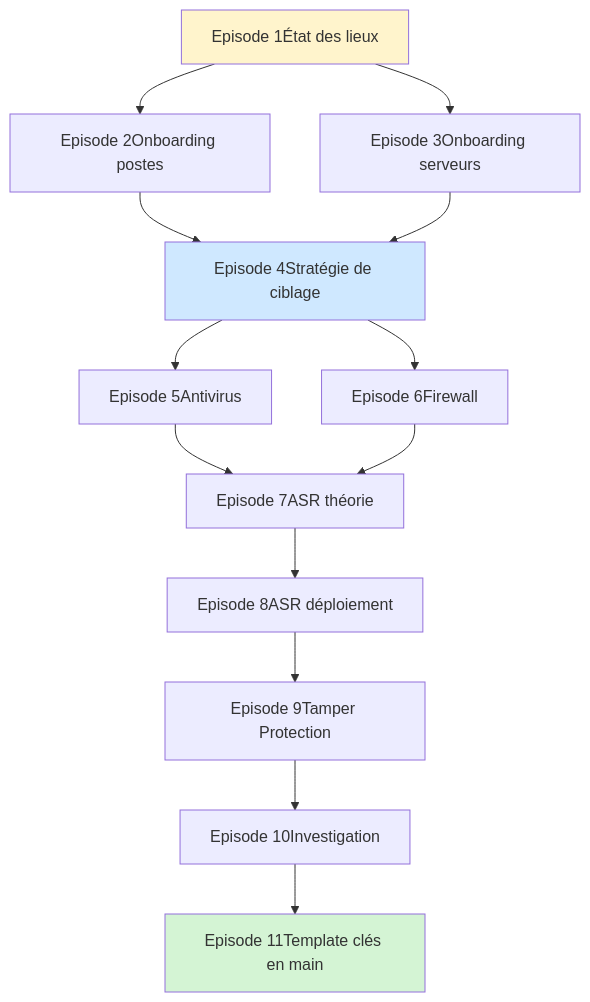
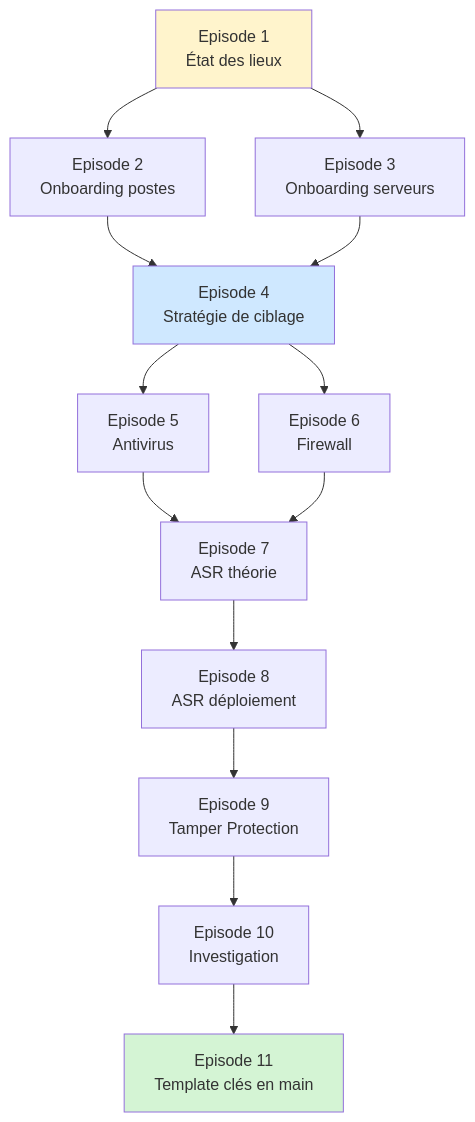
One commit to sebastienmiro/sebastienmiro.github.io changed the third of 3 diagrams in _posts/series/mde-foundations/2025-05-16-mde-foundations-ep1-etat-des-lieux-feuille-de-route.md. Above: the diagram before and after it, drawn with Mermaid. The commit also changed other lines of this file, not shown here.

First line of the commit message:
Improve clarity and structure of MDE Foundations episode 1

````diff
--- a/_posts/series/mde-foundations/2025-05-16-mde-foundations-ep1-etat-des-lieux-feuille-de-route.md
+++ b/_posts/series/mde-foundations/2025-05-16-mde-foundations-ep1-etat-des-lieux-feuille-de-route.md
@@ -132,19 +118,19 @@
 ```mermaid
 flowchart TD
-    E1[Episode 1État des lieux] --> E2[Episode 2Onboarding postes]
-    E1 --> E3[Episode 3Onboarding serveurs]
-    E2 --> E4[Episode 4Stratégie de ciblage]
+    E1[Episode 1<br/>État des lieux] --> E2[Episode 2<br/>Onboarding postes]
+    E1 --> E3[Episode 3<br/>Onboarding serveurs]
+    E2 --> E4[Episode 4<br/>Stratégie de ciblage]
     E3 --> E4
-    E4 --> E5[Episode 5Antivirus]
-    E4 --> E6[Episode 6Firewall]
-    E5 --> E7[Episode 7ASR théorie]
+    E4 --> E5[Episode 5<br/>Antivirus]
+    E4 --> E6[Episode 6<br/>Firewall]
+    E5 --> E7[Episode 7<br/>ASR théorie]
     E6 --> E7
-    E7 --> E8[Episode 8ASR déploiement]
-    E8 --> E9[Episode 9Tamper Protection]
-    E9 --> E10[Episode 10Investigation]
-    E10 --> E11[Episode 11Template clés en main]
+    E7 --> E8[Episode 8<br/>ASR déploiement]
+    E8 --> E9[Episode 9<br/>Tamper Protection]
+    E9 --> E10[Episode 10<br/>Investigation]
+    E10 --> E11[Episode 11<br/>Template clés en main]
 
     style E1 fill:#fff4cc
     style E4 fill:#cfe8ff
     style E11 fill:#d4f4d4
 ```
````
